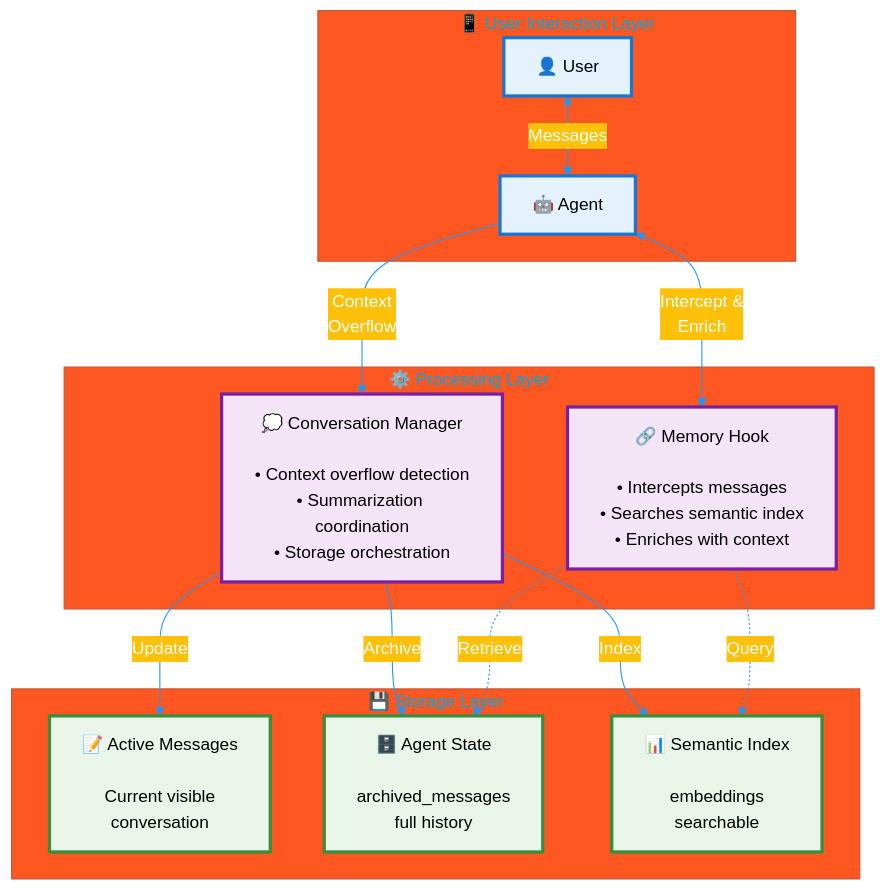
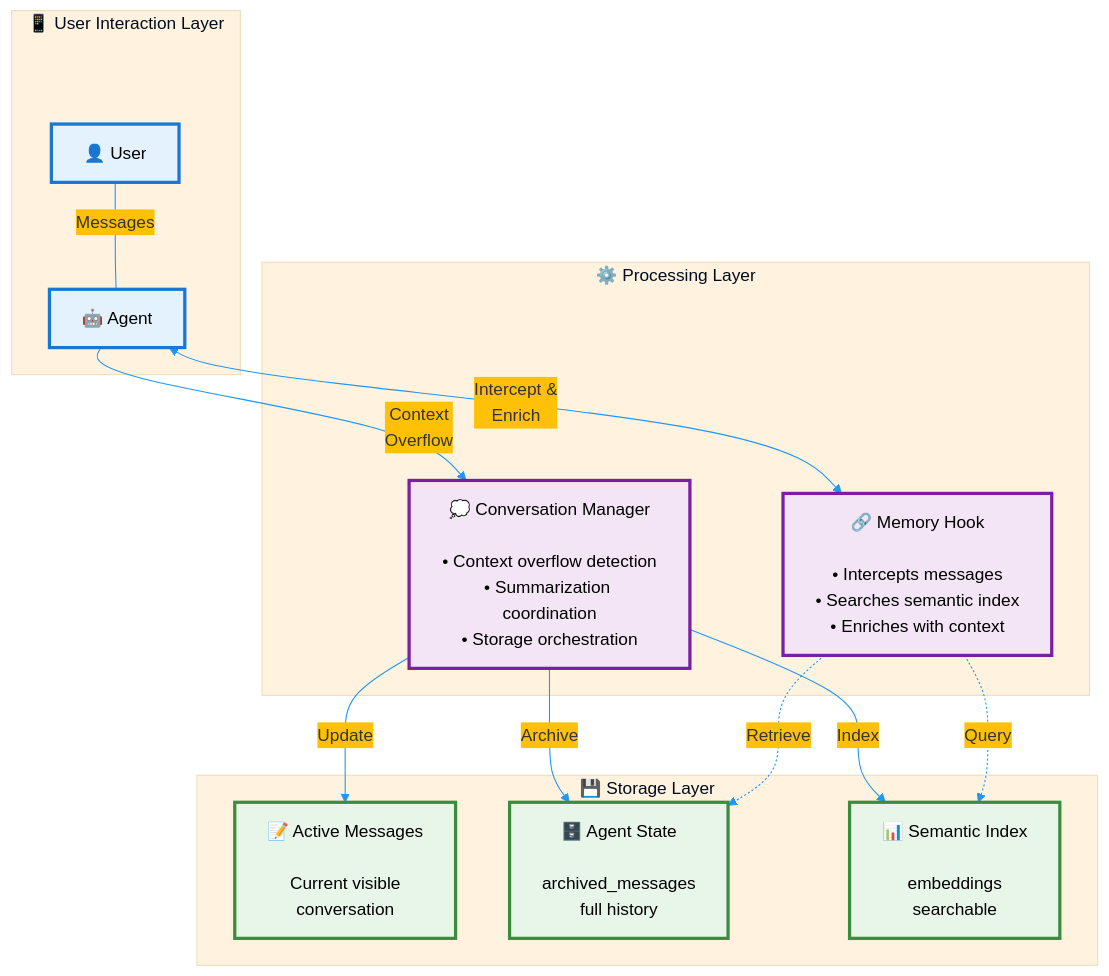
Before and after one commit to danilop/strands-agents-semantic-summarizing-conversation-manager: the fourth of 5 diagrams in README.md, drawn with Mermaid.

Commit message:
Improve architecture diagram aesthetics
- Changed background color from red to light gray (#F5F5F5) - much gentler on eyes
- Added horizontal centering using invisible spacer nodes for better balance
- Layer 1 and 2 components now evenly distributed horizontally
- Maintained all connection labels and flow clarity

````diff
--- a/README.md
+++ b/README.md
@@ -287,48 +287,58 @@
 ```mermaid
-%%{init: {"theme": "base", "themeVariables": {"primaryColor": "#4CAF50", "primaryTextColor": "#fff", "primaryBorderColor": "#388E3C", "lineColor": "#2196F3", "secondaryColor": "#FFC107", "tertiaryColor": "#FF5722"}}}%%
+%%{init: {"theme": "base", "themeVariables": {"primaryColor": "#F5F5F5", "primaryTextColor": "#333", "primaryBorderColor": "#9E9E9E", "lineColor": "#2196F3", "secondaryColor": "#FFC107", "tertiaryColor": "#FFF3E0"}}}%%
 graph TB
     %% Define styles for each layer
     classDef userLayer fill:#E3F2FD,stroke:#1976D2,stroke-width:3px,color:#000
     classDef processLayer fill:#F3E5F5,stroke:#7B1FA2,stroke-width:3px,color:#000
-    classDef storageLayer fill:#E8F5E8,stroke:#388E3C,stroke-width:3px,color:#000
+    classDef storageLayer fill:#E8F5E9,stroke:#388E3C,stroke-width:3px,color:#000
+    classDef invisible fill:transparent,stroke:none
 
     %% Layer 1: User Interaction
     subgraph L1 [" 📱 User Interaction Layer "]
         User[👤 User]
+        Spacer1[ ]
         Agent[🤖 Agent]
     end
 
     %% Layer 2: Processing Orchestration
     subgraph L2 [" ⚙️ Processing Layer "]
         Hook[🔗 Memory Hook<br/><br/>• Intercepts messages<br/>• Searches semantic index<br/>• Enriches with context]
+        Spacer2[ ]
         CM[💭 Conversation Manager<br/><br/>• Context overflow detection<br/>• Summarization coordination<br/>• Storage orchestration]
     end
 
     %% Layer 3: Storage Components
     subgraph L3 [" 💾 Storage Layer "]
         Active[📝 Active Messages<br/><br/>Current visible<br/>conversation]
         State[🗄️ Agent State<br/><br/>archived_messages<br/>full history]
         Index[📊 Semantic Index<br/><br/>embeddings<br/>searchable]
     end
 
     %% Apply styles
     class User,Agent userLayer
     class Hook,CM processLayer
     class Active,State,Index storageLayer
+    class Spacer1,Spacer2 invisible
 
     %% Layer 1: User interaction
-    User <-->|Messages| Agent
+    User ---|Messages| Agent
 
     %% Processing connections
     Agent <-->|Intercept &<br/>Enrich| Hook
     Agent -->|Context<br/>Overflow| CM
 
     %% Storage operations (solid lines from CM)
     CM -->|Update| Active
     CM -->|Archive| State
     CM -->|Index| Index
 
     %% Memory retrieval (dashed lines from Hook)
     Hook -.->|Query| Index
     Hook -.->|Retrieve| State
+
+    %% Hide spacer connections
+    Spacer1 ~~~ User
+    Spacer1 ~~~ Agent
+    Spacer2 ~~~ Hook
+    Spacer2 ~~~ CM
 ```
````
